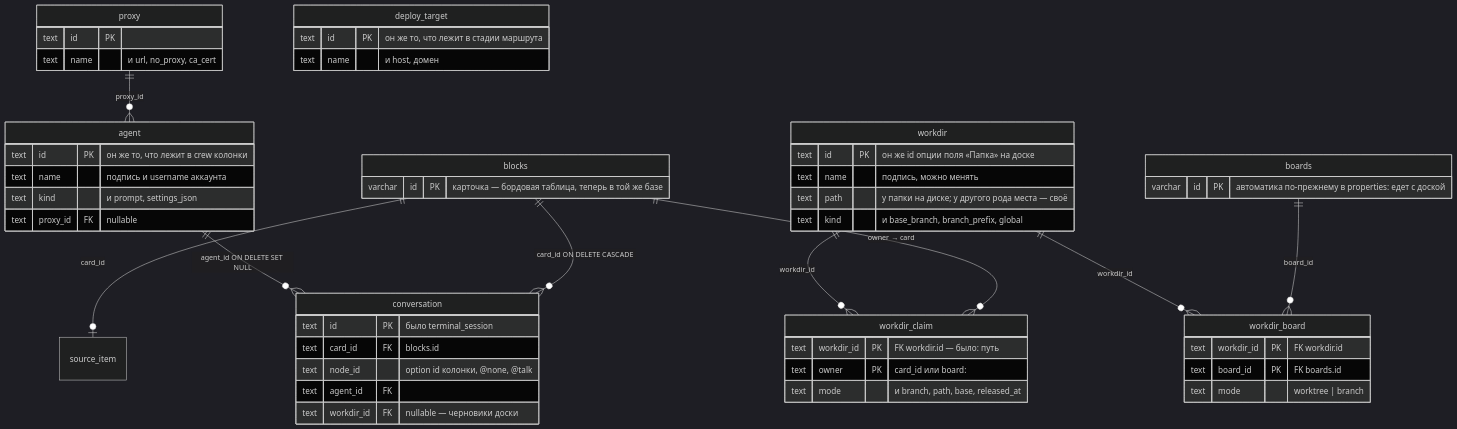
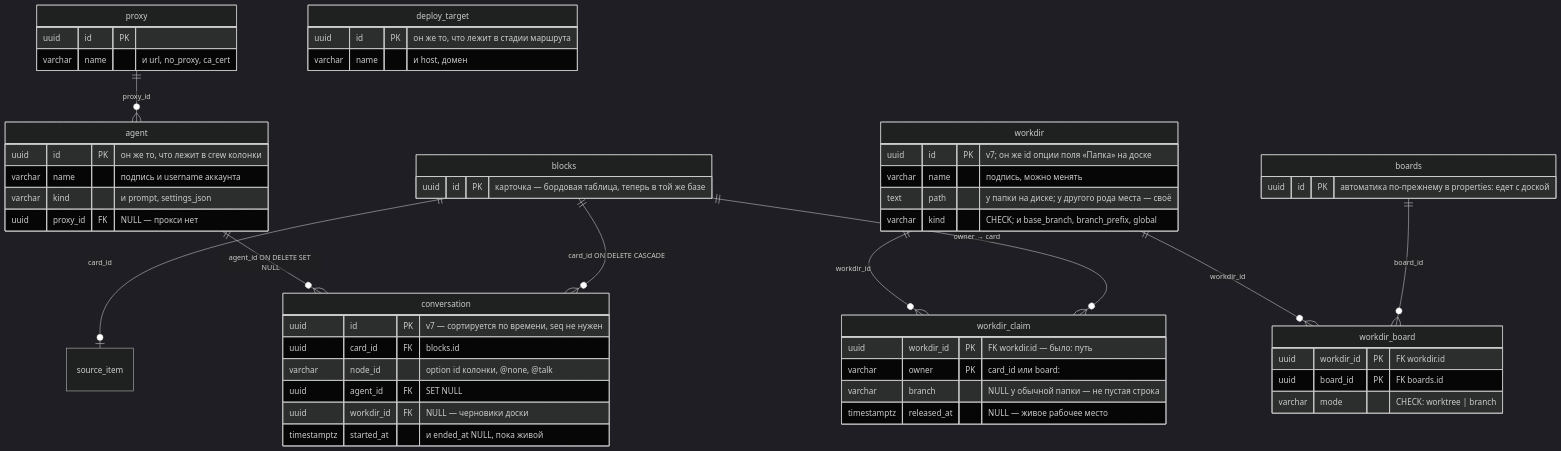
Before and after one commit to artipop/xciii: the diagram in docs/store-plan.md, drawn with Mermaid (dark theme). The commit also changed other lines of this file and 1 other file, not shown here.

First line of the commit message:
Give the schema proper types, and say where a graph is a table

````diff
--- a/docs/store-plan.md
+++ b/docs/store-plan.md
@@ -159,55 +257,57 @@
 ```mermaid
 erDiagram
     blocks ||--o{ conversation : "card_id ON DELETE CASCADE"
     blocks ||--o{ workdir_claim : "owner → card"
     blocks ||--o| source_item : "card_id"
     boards ||--o{ workdir_board : "board_id"
     workdir ||--o{ workdir_board : "workdir_id"
     workdir ||--o{ workdir_claim : "workdir_id"
     proxy ||--o{ agent : "proxy_id"
     agent ||--o{ conversation : "agent_id ON DELETE SET NULL"
 
     blocks {
-        varchar id PK "карточка — бордовая таблица, теперь в той же базе"
+        uuid id PK "карточка — бордовая таблица, теперь в той же базе"
     }
     boards {
-        varchar id PK "автоматика по-прежнему в properties: едет с доской"
+        uuid id PK "автоматика по-прежнему в properties: едет с доской"
     }
     workdir {
-        text id PK "он же id опции поля «Папка» на доске"
-        text name "подпись, можно менять"
+        uuid id PK "v7; он же id опции поля «Папка» на доске"
+        varchar name "подпись, можно менять"
         text path "у папки на диске; у другого рода места — своё"
-        text kind "и base_branch, branch_prefix, global"
+        varchar kind "CHECK; и base_branch, branch_prefix, global"
     }
     workdir_board {
-        text workdir_id PK "FK workdir.id"
-        text board_id PK "FK boards.id"
-        text mode "worktree | branch"
+        uuid workdir_id PK "FK workdir.id"
+        uuid board_id PK "FK boards.id"
+        varchar mode "CHECK: worktree | branch"
     }
     agent {
-        text id PK "он же то, что лежит в crew колонки"
-        text name "подпись и username аккаунта"
-        text kind "и prompt, settings_json"
-        text proxy_id FK "nullable"
+        uuid id PK "он же то, что лежит в crew колонки"
+        varchar name "подпись и username аккаунта"
+        varchar kind "и prompt, settings_json"
+        uuid proxy_id FK "NULL — прокси нет"
     }
     proxy {
-        text id PK
-        text name "и url, no_proxy, ca_cert"
+        uuid id PK
+        varchar name "и url, no_proxy, ca_cert"
     }
     deploy_target {
-        text id PK "он же то, что лежит в стадии маршрута"
-        text name "и host, домен"
+        uuid id PK "он же то, что лежит в стадии маршрута"
+        varchar name "и host, домен"
     }
     workdir_claim {
-        text workdir_id PK "FK workdir.id — было: путь"
-        text owner PK "card_id или board:<id>"
-        text mode "и branch, path, base, released_at"
+        uuid workdir_id PK "FK workdir.id — было: путь"
+        varchar owner PK "card_id или board:<id>"
+        varchar branch "NULL у обычной папки — не пустая строка"
+        timestamptz released_at "NULL — живое рабочее место"
     }
     conversation {
-        text id PK "было terminal_session"
-        text card_id FK "blocks.id"
-        text node_id "option id колонки, @none, @talk"
-        text agent_id FK
-        text workdir_id FK "nullable — черновики доски"
+        uuid id PK "v7 — сортируется по времени, seq не нужен"
+        uuid card_id FK "blocks.id"
+        varchar node_id "option id колонки, @none, @talk"
+        uuid agent_id FK "SET NULL"
+        uuid workdir_id FK "NULL — черновики доски"
+        timestamptz started_at "и ended_at NULL, пока живой"
     }
 ```
````
